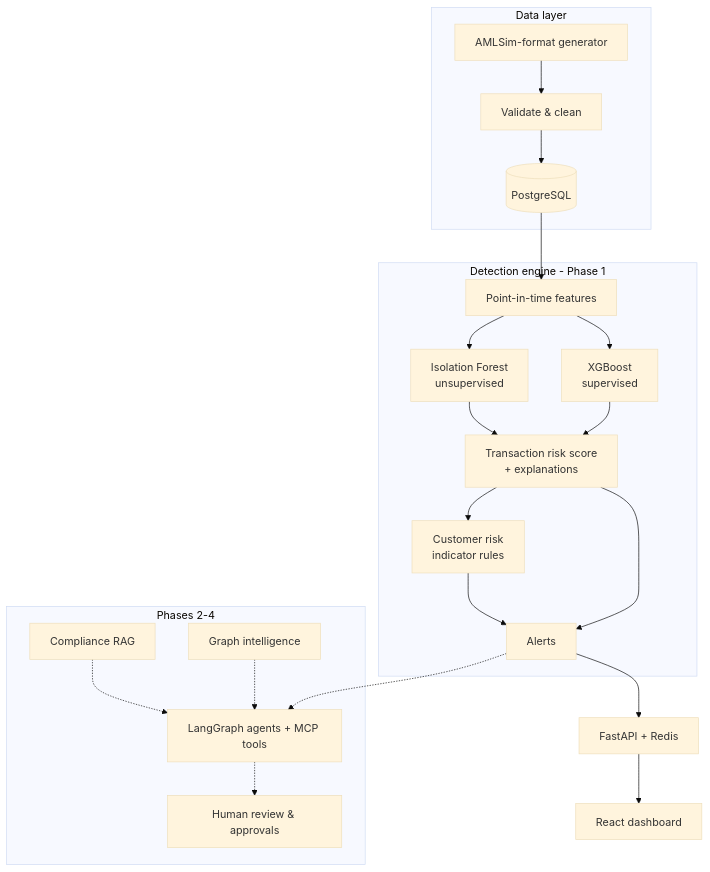
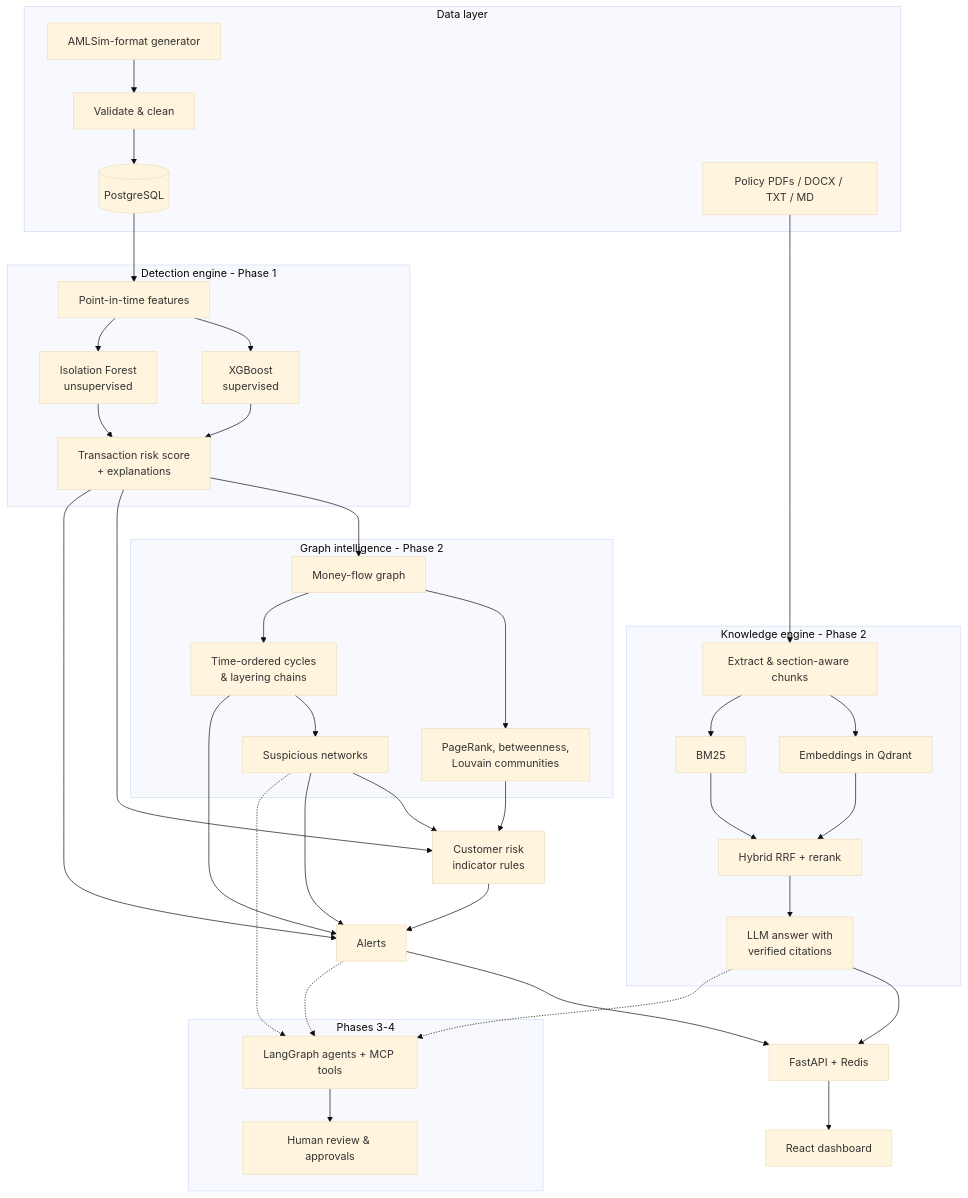
The diagram in README.md (srinivasand04/finguard-ai), drawn with Mermaid (base theme) before and after one commit. The commit also changed other lines of this file and 7 other files, not shown here.

First line of the commit message:
docs: Phase 2 report, README learning notes, schema and API docs

````diff
--- a/README.md
+++ b/README.md
@@ -28,27 +28,43 @@
 ```mermaid
 flowchart TB
     subgraph Data["Data layer"]
         G[AMLSim-format generator] --> V[Validate & clean] --> PG[(PostgreSQL)]
+        DOCS[Policy PDFs / DOCX / TXT / MD]
     end
     subgraph Detect["Detection engine - Phase 1"]
         F[Point-in-time features] --> XGB[XGBoost<br/>supervised]
         F --> IF[Isolation Forest<br/>unsupervised]
         XGB --> RS[Transaction risk score<br/>+ explanations]
         IF --> RS
-        RS --> CR[Customer risk<br/>indicator rules]
-        RS --> AL[Alerts]
-        CR --> AL
     end
-    subgraph Later["Phases 2-4"]
-        GR[Graph intelligence]
-        RAG[Compliance RAG]
-        AG[LangGraph agents + MCP tools]
-        HR[Human review & approvals]
+    subgraph Graph["Graph intelligence - Phase 2"]
+        GE[Money-flow graph] --> GM[PageRank, betweenness,<br/>Louvain communities]
+        GE --> GP[Time-ordered cycles<br/>& layering chains]
+        GP --> GN[Suspicious networks]
+    end
+    subgraph Know["Knowledge engine - Phase 2"]
+        CH[Extract & section-aware chunks] --> EMB[Embeddings in Qdrant]
+        CH --> BM[BM25]
+        EMB --> HY[Hybrid RRF + rerank]
+        BM --> HY
+        HY --> LLM[LLM answer with<br/>verified citations]
     end
     PG --> F
+    RS --> GE
+    RS --> CR[Customer risk<br/>indicator rules]
+    GM --> CR
+    GN --> CR
+    RS --> AL[Alerts]
+    GP --> AL
+    GN --> AL
+    CR --> AL
+    DOCS --> CH
     AL --> API[FastAPI + Redis] --> UI[React dashboard]
+    LLM --> API
+    subgraph Later["Phases 3-4"]
+        AG[LangGraph agents + MCP tools] --> HR[Human review & approvals]
+    end
     AL -.-> AG
-    GR -.-> AG
-    RAG -.-> AG
-    AG -.-> HR
+    GN -.-> AG
+    LLM -.-> AG
 ```
````
